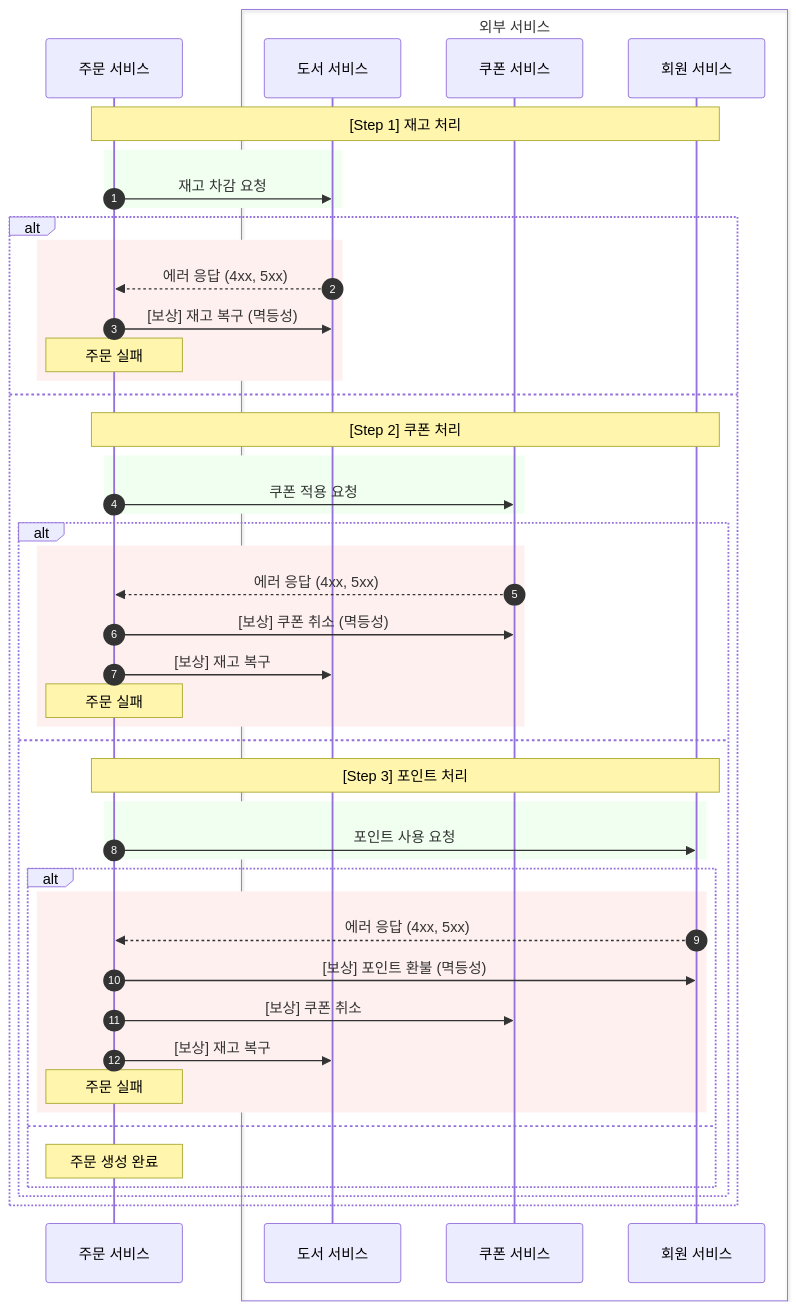
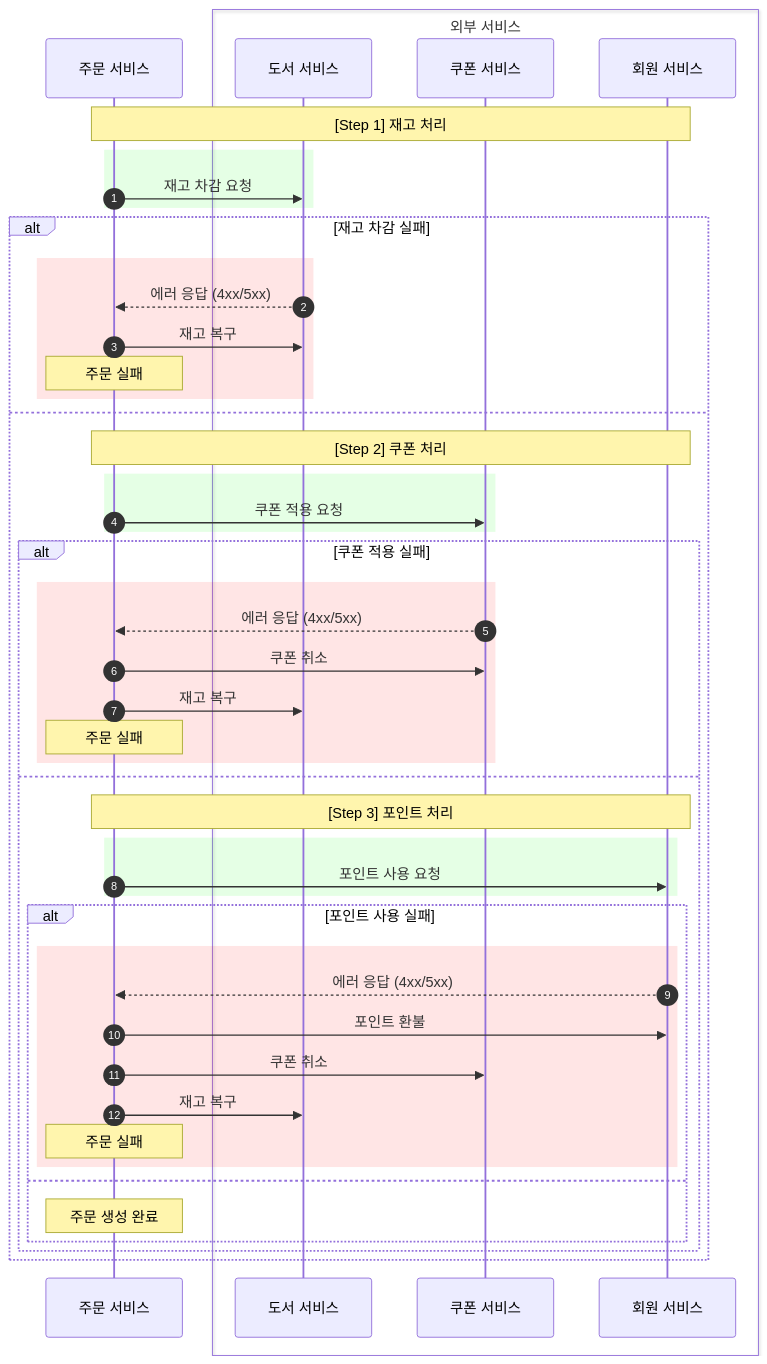
The diagram in README.md (Splleat/Trillion-Order), drawn with Mermaid before and after one commit. The commit also changed 5 other files, not shown here.

````diff
--- a/README.md
+++ b/README.md
@@ -30,54 +30,54 @@
     ```mermaid
     sequenceDiagram
-        autonumber
-        participant Order as 주문 서비스
-        box 외부 서비스 #f9f9f9
-            participant Book as 도서 서비스
-            participant Coupon as 쿠폰 서비스
-            participant Member as 회원 서비스
+    autonumber
+    participant Order as 주문 서비스
+    box 외부 서비스
+        participant Book as 도서 서비스
+        participant Coupon as 쿠폰 서비스
+        participant Member as 회원 서비스
+    end
+
+    Note over Order, Member: [Step 1] 재고 처리
+    rect rgba(0, 255, 0, 0.1)
+        Order->>Book: 재고 차감 요청
+    end
+
+    alt 재고 차감 실패
+        rect rgba(255, 0, 0, 0.1)
+            Book-->>Order: 에러 응답 (4xx/5xx)
+            Order->>Book: 재고 복구
+            Note over Order: 주문 실패
         end
-    
-        Note over Order, Member: [Step 1] 재고 처리
-        rect rgb(240, 255, 240)
-            Order->>Book: 재고 차감 요청
+    else
+        Note over Order, Member: [Step 2] 쿠폰 처리
+        rect rgba(0, 255, 0, 0.1)
+            Order->>Coupon: 쿠폰 적용 요청
         end
-        
-        alt
-            rect rgb(255, 240, 240)
-                Book-->>Order: 에러 응답 (4xx, 5xx)
-                Order->>Book: [보상] 재고 복구 (멱등성)
+
+        alt 쿠폰 적용 실패
+            rect rgba(255, 0, 0, 0.1)
+                Coupon-->>Order: 에러 응답 (4xx/5xx)
+                Order->>Coupon: 쿠폰 취소
+                Order->>Book: 재고 복구
                 Note over Order: 주문 실패
             end
         else
-            Note over Order, Member: [Step 2] 쿠폰 처리
-            rect rgb(240, 255, 240)
-                Order->>Coupon: 쿠폰 적용 요청
+            Note over Order, Member: [Step 3] 포인트 처리
+            rect rgba(0, 255, 0, 0.1)
+                Order->>Member: 포인트 사용 요청
             end
-            
-            alt
-                rect rgb(255, 240, 240)
-                    Coupon-->>Order: 에러 응답 (4xx, 5xx)
-                    Order->>Coupon: [보상] 쿠폰 취소 (멱등성)
-                    Order->>Book: [보상] 재고 복구
+
+            alt 포인트 사용 실패
+                rect rgba(255, 0, 0, 0.1)
+                    Member-->>Order: 에러 응답 (4xx/5xx)
+                    Order->>Member: 포인트 환불
+                    Order->>Coupon: 쿠폰 취소
+                    Order->>Book: 재고 복구
                     Note over Order: 주문 실패
                 end
             else
-                Note over Order, Member: [Step 3] 포인트 처리
-                rect rgb(240, 255, 240)
-                    Order->>Member: 포인트 사용 요청
-                end
-                
-                alt
-                    rect rgb(255, 240, 240)
-                        Member-->>Order: 에러 응답 (4xx, 5xx)
-                        Order->>Member: [보상] 포인트 환불 (멱등성)
-                        Order->>Coupon: [보상] 쿠폰 취소
-                        Order->>Book: [보상] 재고 복구
-                        Note over Order: 주문 실패
-                    end
-                else
-                    Note over Order: 주문 생성 완료
-                end
+                Note over Order: 주문 생성 완료
             end
         end
+    end
     ```
````
